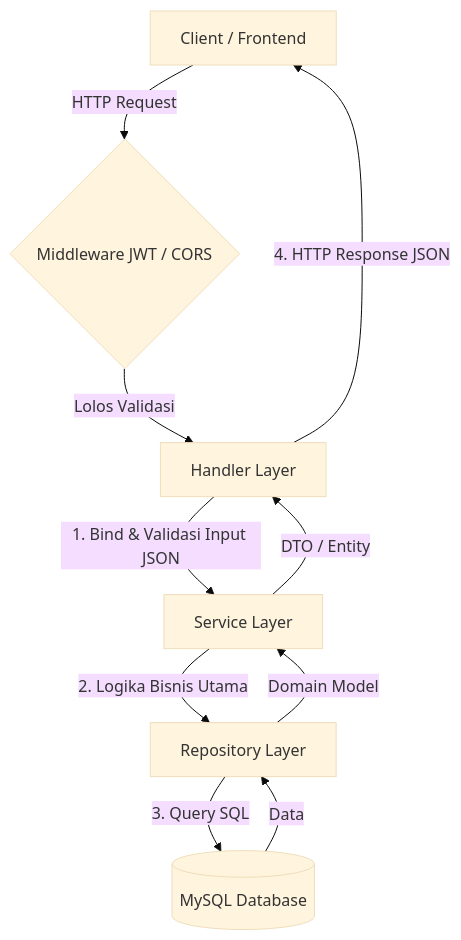
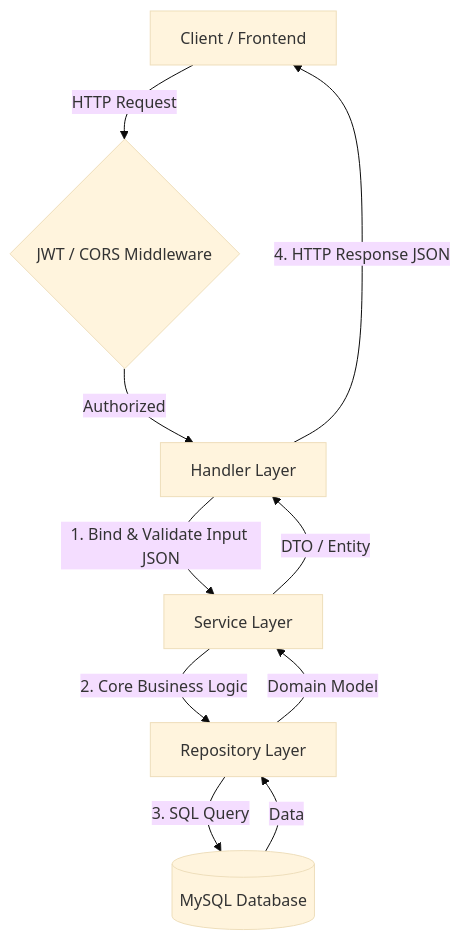
Before and after one commit to ArielioBayu/go-simple-blog-v2: the diagram in README.md, drawn with Mermaid (base theme). The commit also changed other lines of this file, not shown here.

````diff
--- a/README.md
+++ b/README.md
@@ -58,12 +58,12 @@
 ```mermaid
 graph TD
-    Client[Client / Frontend] -->|HTTP Request| Middleware{Middleware JWT / CORS}
-    Middleware -->|Lolos Validasi| Handler[Handler Layer]
-    Handler -->|1. Bind & Validasi Input JSON| Service[Service Layer]
-    Service -->|2. Logika Bisnis Utama| Repository[Repository Layer]
-    Repository -->|3. Query SQL| DB[(MySQL Database)]
+    Client[Client / Frontend] -->|HTTP Request| Middleware{JWT / CORS Middleware}
+    Middleware -->|Authorized| Handler[Handler Layer]
+    Handler -->|1. Bind & Validate Input JSON| Service[Service Layer]
+    Service -->|2. Core Business Logic| Repository[Repository Layer]
+    Repository -->|3. SQL Query| DB[(MySQL Database)]
     DB -->|Data| Repository
     Repository -->|Domain Model| Service
     Service -->|DTO / Entity| Handler
     Handler -->|4. HTTP Response JSON| Client
 ```
````
